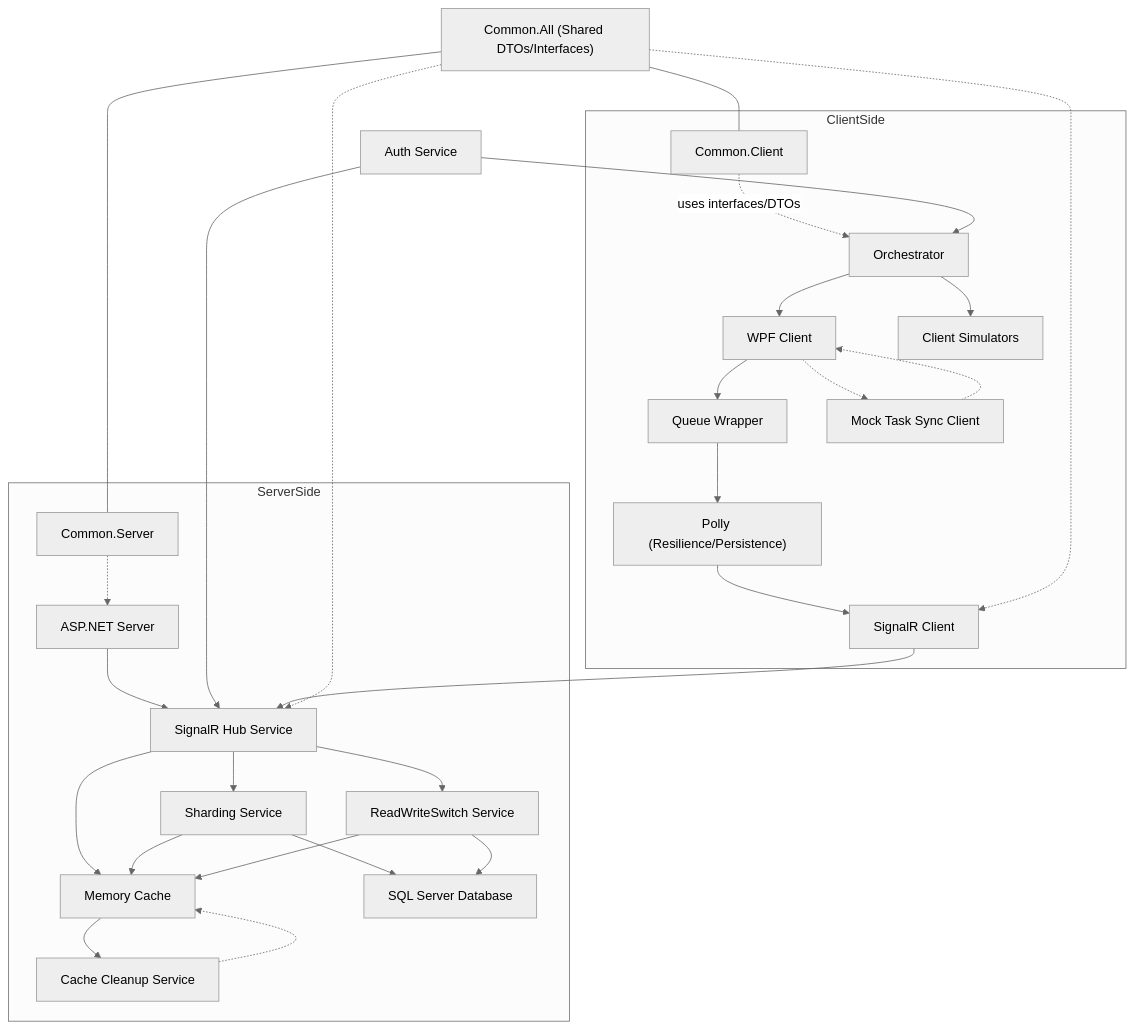
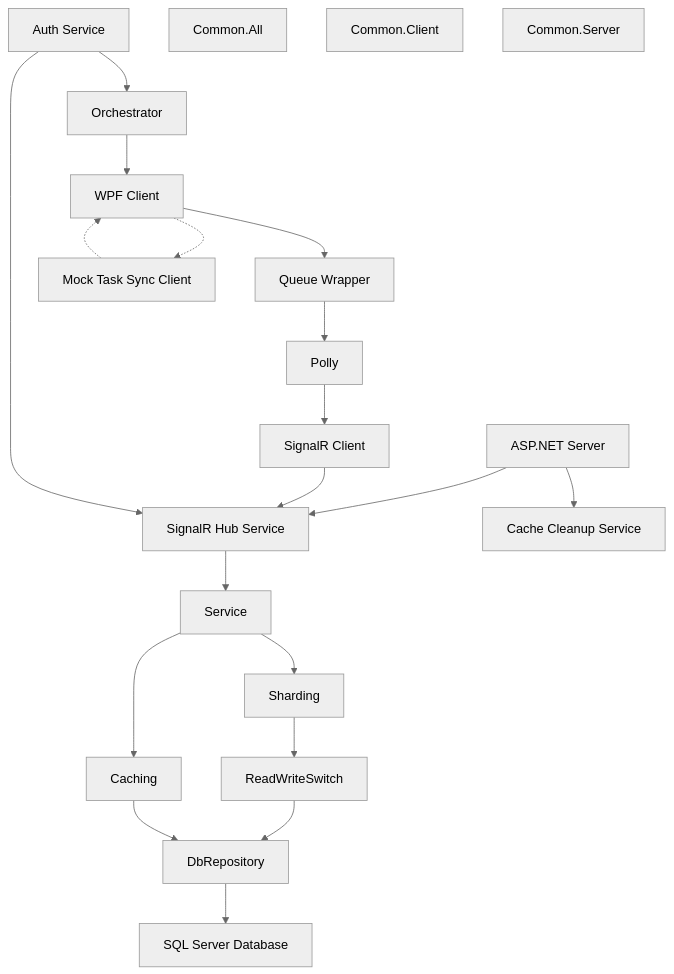
The diagram in README.md (shaunday/ToDos), drawn with Mermaid (neutral theme) before and after one commit. The commit also changed other lines of this file, not shown here.

````diff
--- a/README.md
+++ b/README.md
@@ -66,62 +66,53 @@
 ```mermaid
 flowchart TB
-    %% Common Layer
-    CommonAll["Common.All (Shared DTOs/Interfaces)"]
-    CommonClient["Common.Client"]
-    CommonServer["Common.Server"]
-    CommonAll --- CommonClient
-    CommonAll --- CommonServer
+    %% Server Side
+    ServerApp["ASP.NET Server"]
+    SignalRHub["SignalR Hub Service"]
+    Service["Service"]
+    Caching["Caching"]
+    Sharding["Sharding"]
+    ReadWriteSwitch["ReadWriteSwitch"]
+    DbRepository["DbRepository"]
+    DB["SQL Server Database"]
+    CacheCleanup["Cache Cleanup Service"]
 
-    %% Client Side
-    subgraph ClientSide
-        Orchestrator["Orchestrator"]
-        UI["WPF Client"]
-        Simulators["Client Simulators"]
-        Queue["Queue Wrapper"]
-        Polly["Polly (Resilience/Persistence)"]
-        SignalRClient["SignalR Client"]
-        Mock["Mock Task Sync Client"]
-        Orchestrator --> Simulators
-        Orchestrator --> UI
-        UI --> Queue
-        Queue --> Polly
-        Polly --> SignalRClient
-        UI -.-> Mock
-        Mock -.-> UI
-        CommonClient -. "uses interfaces/DTOs" .-> Orchestrator
-    end
+    ServerApp --> SignalRHub
+    SignalRHub --> Service
+    Service --> Caching
+    Service --> Sharding
+    Sharding --> ReadWriteSwitch
+    ReadWriteSwitch --> DbRepository
+    Caching --> DbRepository
+    DbRepository --> DB
+    ServerApp --> CacheCleanup
 
-    %% Server Side
-    subgraph ServerSide
-        SignalRHub["SignalR Hub Service"]
-        Sharding["Sharding Service"]
-        ReadWriteSwitch["ReadWriteSwitch Service"]
-        MemoryCache["Memory Cache"]
-        CacheCleanup["Cache Cleanup Service"]
-        ServerApp["ASP.NET Server"]
-        DB["SQL Server Database"]
-        SignalRHub --> Sharding
-        SignalRHub --> ReadWriteSwitch
-        SignalRHub --> MemoryCache
-        Sharding --> MemoryCache
-        ReadWriteSwitch --> MemoryCache
-        MemoryCache --> CacheCleanup
-        CacheCleanup -.-> MemoryCache
-        Sharding --> DB
-        ReadWriteSwitch --> DB
-        ServerApp --> SignalRHub
-        CommonServer -.-> ServerApp
-    end
+    %% Client Side (simplified for clarity)
+    Orchestrator["Orchestrator"]
+    UI["WPF Client"]
+    Queue["Queue Wrapper"]
+    Polly["Polly"]
+    SignalRClient["SignalR Client"]
+    Mock["Mock Task Sync Client"]
+    Orchestrator --> UI
+    UI --> Queue
+    Queue --> Polly
+    Polly --> SignalRClient
+    UI -.-> Mock
+    Mock -.-> UI
+    SignalRClient --> SignalRHub
 
-    %% Central Services
+    %% Auth Service
     AuthService["Auth Service"]
     AuthService --> Orchestrator
     AuthService --> SignalRHub
 
-    %% Central Connection
-    SignalRClient --> SignalRHub
+    %% Common Projects (no lines, just listed at the bottom)
+    CommonAll["Common.All"]
+    CommonClient["Common.Client"]
+    CommonServer["Common.Server"]
 
-    %% Common Layer Connections
-    CommonAll -.-> SignalRClient
-    CommonAll -.-> SignalRHub
+    %% Position common projects visually
+    CommonAll
+    CommonClient
+    CommonServer
 ```
````
